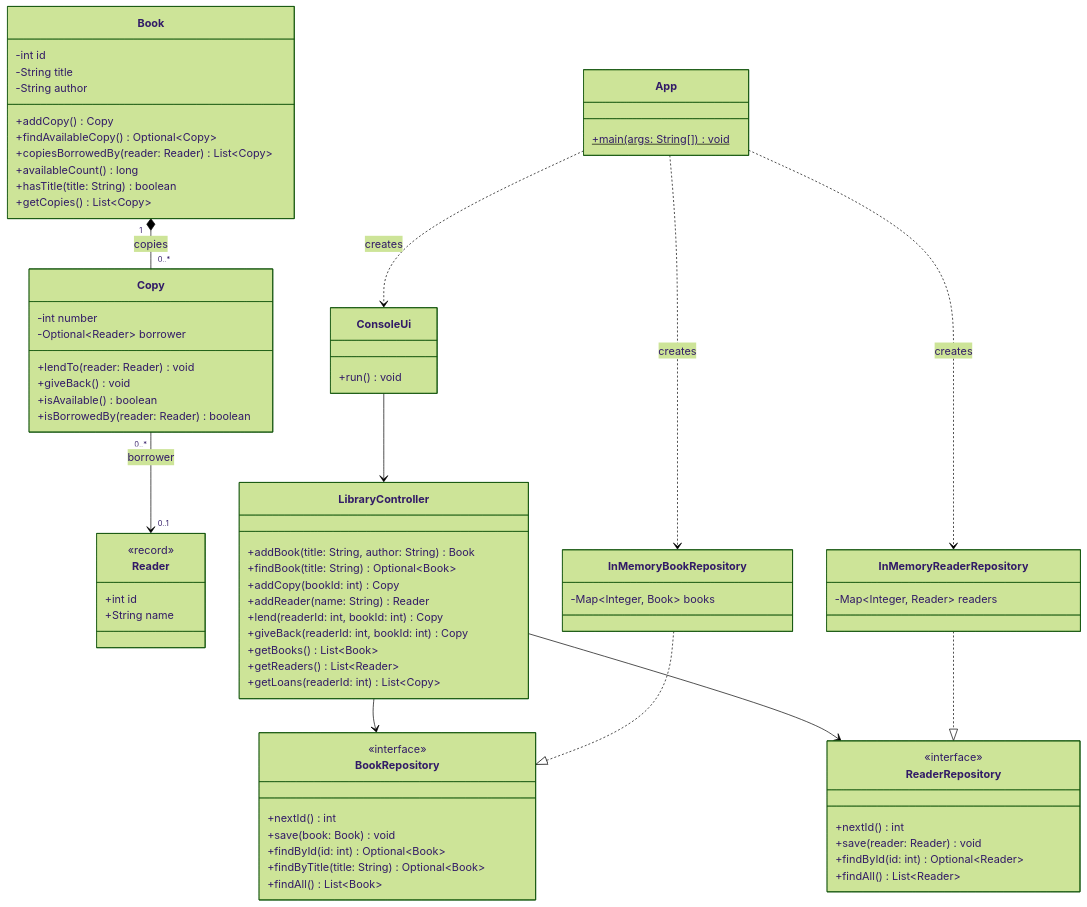
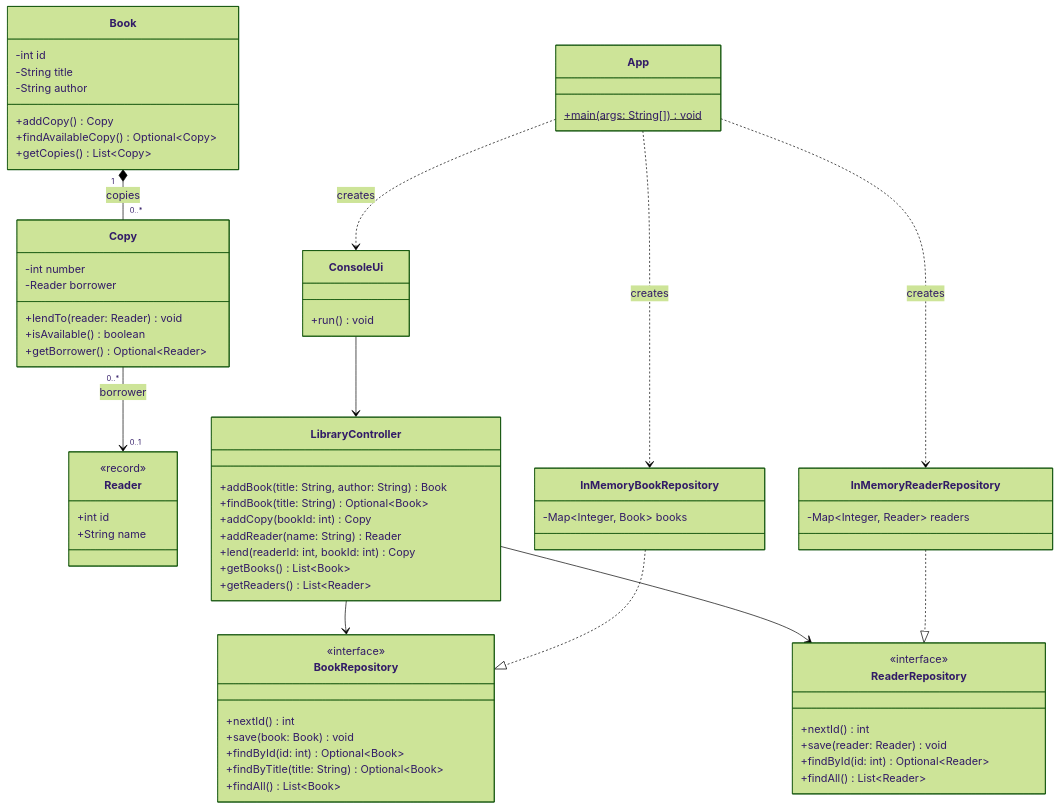
Before and after one commit to FaziSPB/laboratories3: the first of 2 diagrams in lista2/README.md, drawn with Mermaid (forest theme). The commit also changed other lines of this file and 10 other files, not shown here.

```diff
--- a/lista2/README.md
+++ b/lista2/README.md
@@ -66,19 +61,15 @@
         -String author
         +addCopy() Copy
         +findAvailableCopy() Optional~Copy~
-        +copiesBorrowedBy(reader: Reader) List~Copy~
-        +availableCount() long
-        +hasTitle(title: String) boolean
         +getCopies() List~Copy~
     }
 
     class Copy {
         -int number
-        -Optional~Reader~ borrower
+        -Reader borrower
         +lendTo(reader: Reader) void
-        +giveBack() void
         +isAvailable() boolean
-        +isBorrowedBy(reader: Reader) boolean
+        +getBorrower() Optional~Reader~
     }
 
     class Reader {
@@ -93,10 +84,8 @@
         +addCopy(bookId: int) Copy
         +addReader(name: String) Reader
         +lend(readerId: int, bookId: int) Copy
-        +giveBack(readerId: int, bookId: int) Copy
         +getBooks() List~Book~
         +getReaders() List~Reader~
-        +getLoans(readerId: int) List~Copy~
     }
 
     class BookRepository {
```
